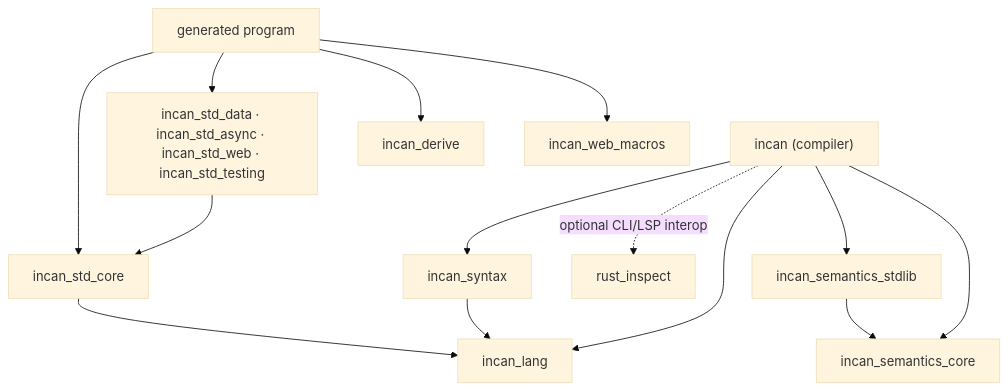
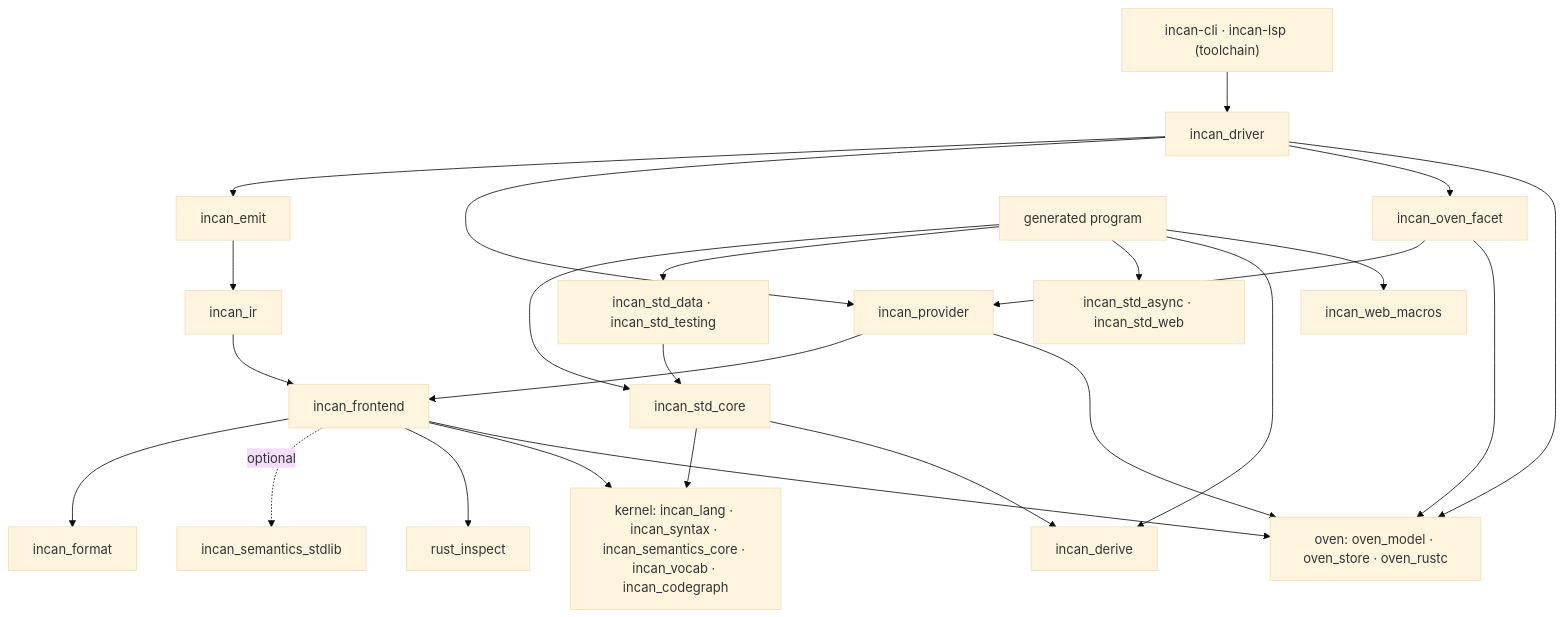
Before and after one commit to encero-systems/incan: the diagram in workspaces/docs-site/docs/contributing/explanation/layering.md, drawn with Mermaid (base theme). The commit also changed other lines of this file and 57 other files, not shown here.

````diff
--- a/workspaces/docs-site/docs/contributing/explanation/layering.md
+++ b/workspaces/docs-site/docs/contributing/explanation/layering.md
@@ -11,16 +13,27 @@
 ```mermaid
 flowchart TD
-  incanCompiler["incan (compiler)"] --> incanLang["incan_lang"]
-  incanCompiler --> incanSyntax["incan_syntax"]
-  incanCompiler --> semanticsCore["incan_semantics_core"]
-  incanCompiler --> semanticsStdlib["incan_semantics_stdlib"]
-  incanCompiler -. optional CLI/LSP interop .-> rustInspect["rust_inspect"]
-  incanSyntax --> incanLang
-  semanticsStdlib --> semanticsCore
-  stdCore["incan_std_core"] --> incanLang
-  stdFacets["incan_std_data · incan_std_async · incan_std_web · incan_std_testing"] --> stdCore
+  cli["incan-cli · incan-lsp (toolchain)"] --> driver["incan_driver"]
+  driver --> emit["incan_emit"]
+  driver --> provider["incan_provider"]
+  driver --> facet["incan_oven_facet"]
+  emit --> ir["incan_ir"]
+  ir --> frontend["incan_frontend"]
+  frontend --> format["incan_format"]
+  frontend -. optional .-> semanticsStdlib["incan_semantics_stdlib"]
+  frontend --> rustInspect["rust_inspect"]
+  provider --> frontend
+  facet --> provider
+  frontend --> kernel["kernel: incan_lang · incan_syntax · incan_semantics_core · incan_vocab · incan_codegraph"]
+  driver --> oven["oven: oven_model · oven_store · oven_rustc"]
+  provider --> oven
+  facet --> oven
+  frontend --> oven
+  stdCore["incan_std_core"] --> kernel
+  stdCore --> incanDerive["incan_derive"]
+  stdFacets["incan_std_data · incan_std_testing"] --> stdCore
   generatedProgram["generated program"] --> stdCore
   generatedProgram --> stdFacets
-  generatedProgram --> incanDerive["incan_derive"]
+  generatedProgram --> stdStandalone["incan_std_async · incan_std_web"]
+  generatedProgram --> incanDerive
   generatedProgram --> incanWebMacros["incan_web_macros"]
 ```
````
